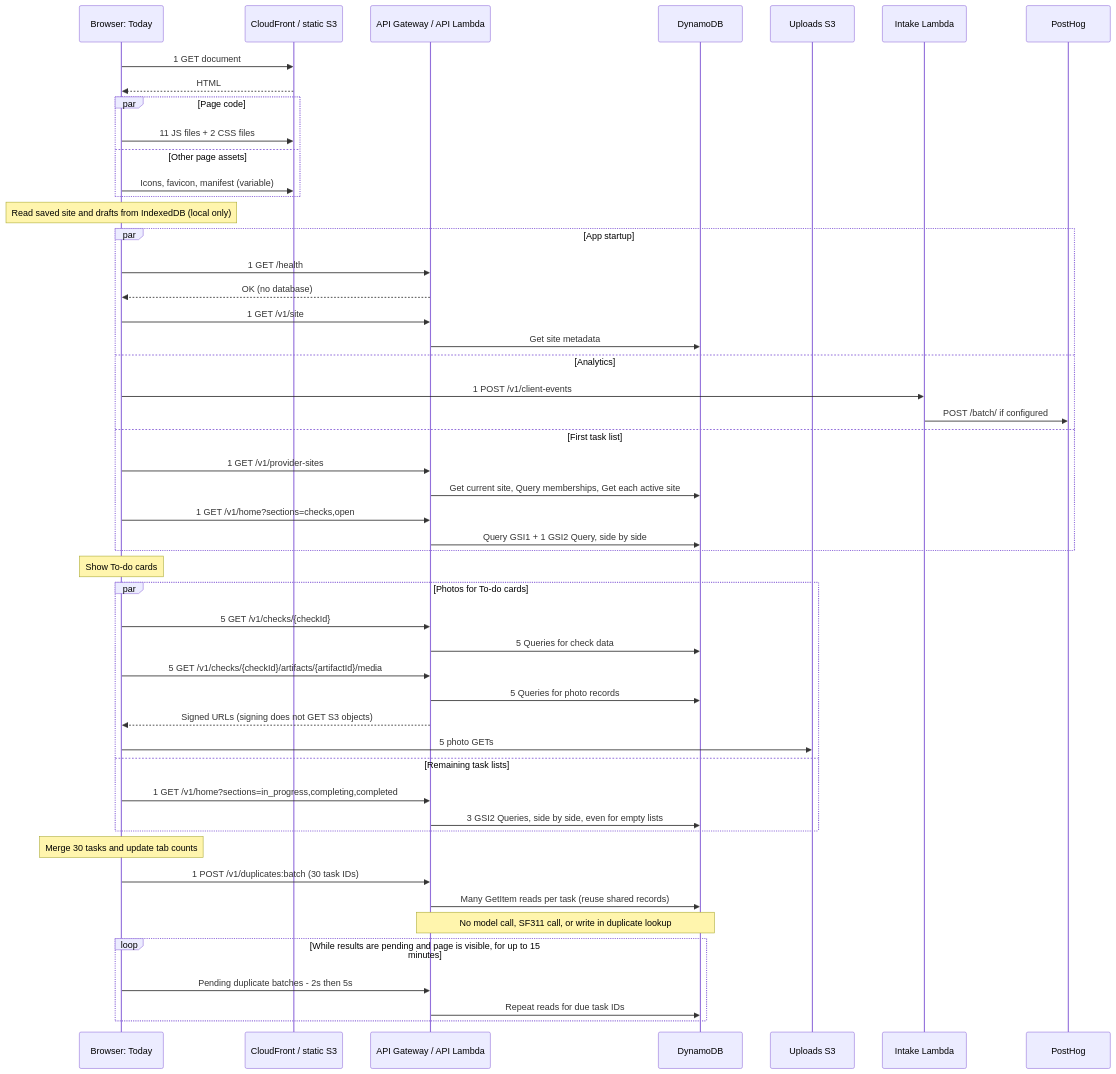
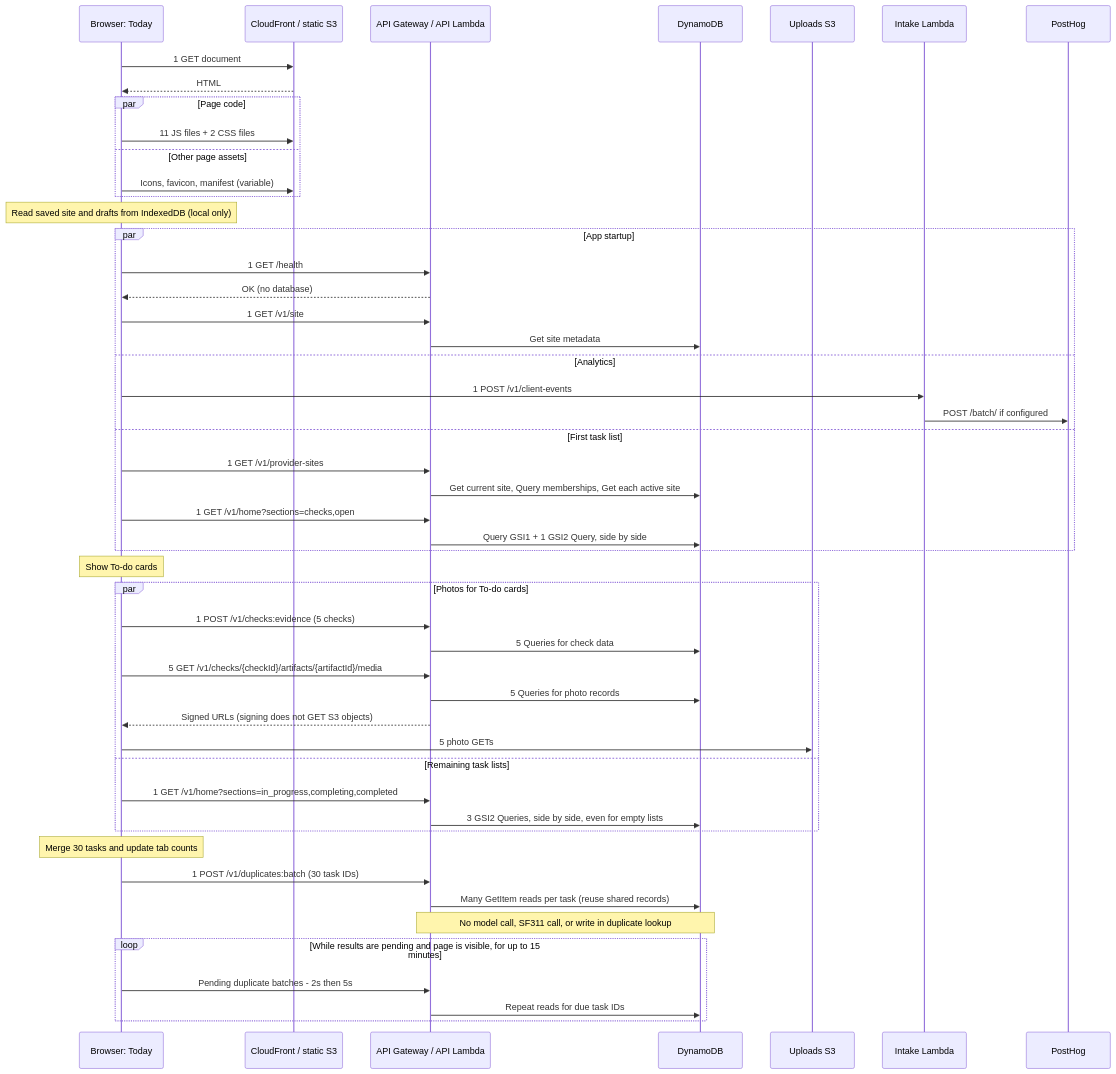
Before and after one commit to Mayor-s-Office-of-Innovation/good-neighbor-app: the diagram in docs/today-load-requests.md, drawn with Mermaid. The commit also changed other lines of this file and 11 other files, not shown here.

````diff
--- a/docs/today-load-requests.md
+++ b/docs/today-load-requests.md
@@ -122,53 +129,53 @@
 ```mermaid
 sequenceDiagram
     participant B as Browser: Today
     participant C as CloudFront / static S3
     participant A as API Gateway / API Lambda
     participant D as DynamoDB
     participant S as Uploads S3
     participant I as Intake Lambda
     participant P as PostHog
 
     B->>C: 1 GET document
     C-->>B: HTML
     par Page code
         B->>C: 11 JS files + 2 CSS files
     and Other page assets
         B->>C: Icons, favicon, manifest (variable)
     end
     Note over B: Read saved site and drafts from IndexedDB (local only)
     par App startup
         B->>A: 1 GET /health
         A-->>B: OK (no database)
         B->>A: 1 GET /v1/site
         A->>D: Get site metadata
     and Analytics
         B->>I: 1 POST /v1/client-events
         I->>P: POST /batch/ if configured
     and First task list
         B->>A: 1 GET /v1/provider-sites
         A->>D: Get current site, Query memberships, Get each active site
         B->>A: 1 GET /v1/home?sections=checks,open
         A->>D: Query GSI1 + 1 GSI2 Query, side by side
     end
     Note over B: Show To-do cards
     par Photos for To-do cards
-        B->>A: 5 GET /v1/checks/{checkId}
+        B->>A: 1 POST /v1/checks:evidence (5 checks)
         A->>D: 5 Queries for check data
         B->>A: 5 GET /v1/checks/{checkId}/artifacts/{artifactId}/media
         A->>D: 5 Queries for photo records
         A-->>B: Signed URLs (signing does not GET S3 objects)
         B->>S: 5 photo GETs
     and Remaining task lists
         B->>A: 1 GET /v1/home?sections=in_progress,completing,completed
         A->>D: 3 GSI2 Queries, side by side, even for empty lists
     end
     Note over B: Merge 30 tasks and update tab counts
     B->>A: 1 POST /v1/duplicates:batch (30 task IDs)
     A->>D: Many GetItem reads per task (reuse shared records)
     Note over A,D: No model call, SF311 call, or write in duplicate lookup
     loop While results are pending and page is visible, for up to 15 minutes
         B->>A: Pending duplicate batches - 2s then 5s
         A->>D: Repeat reads for due task IDs
     end
 ```
````
